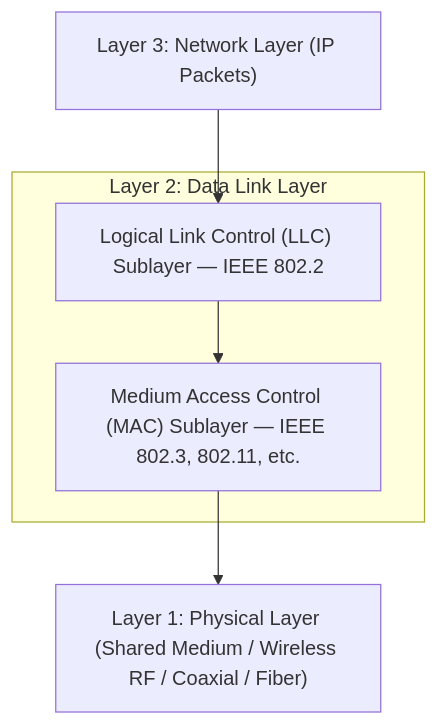
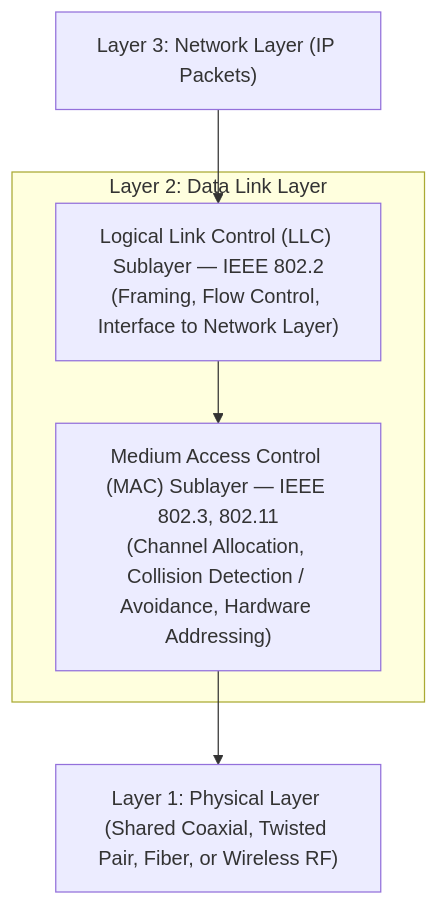
The second of 7 diagrams in notes/computer_networks/Chapter_4_MAC_Layer.md (DeepLumiere/DeepSkills), drawn with Mermaid before and after one commit. The commit also changed other lines of this file and 3 other files, not shown here.

````diff
--- a/notes/computer_networks/Chapter_4_MAC_Layer.md
+++ b/notes/computer_networks/Chapter_4_MAC_Layer.md
@@ -37,13 +38,13 @@
 ```mermaid
 flowchart TD
     L3["Layer 3: Network Layer (IP Packets)"]
     subgraph L2 ["Layer 2: Data Link Layer"]
-        LLC["Logical Link Control (LLC) Sublayer — IEEE 802.2"]
-        MAC["Medium Access Control (MAC) Sublayer — IEEE 802.3, 802.11, etc."]
+        LLC["Logical Link Control (LLC) Sublayer — IEEE 802.2\n(Framing, Flow Control, Interface to Network Layer)"]
+        MAC["Medium Access Control (MAC) Sublayer — IEEE 802.3, 802.11\n(Channel Allocation, Collision Detection / Avoidance, Hardware Addressing)"]
     end
-    L1["Layer 1: Physical Layer (Shared Medium / Wireless RF / Coaxial / Fiber)"]
+    L1["Layer 1: Physical Layer (Shared Coaxial, Twisted Pair, Fiber, or Wireless RF)"]
 
     L3 --> LLC
     LLC --> MAC
     MAC --> L1
 ```
````
